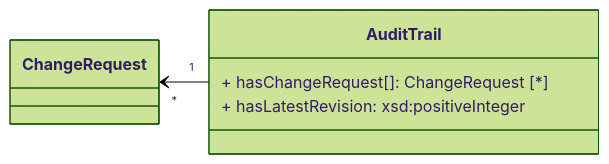
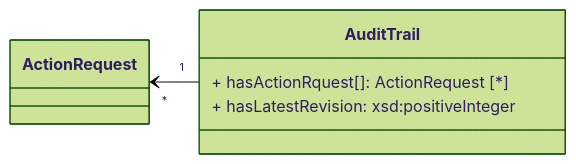
One commit to IATA-Cargo/ONE-Record changed the second of 2 diagrams in Documentation_website/docs/API-Security/logistics-objects.md. Above: the diagram before and after it, drawn with Mermaid (forest theme). The commit also changed other lines of this file and 7 other files, not shown here.

````diff
--- a/Documentation_website/docs/API-Security/logistics-objects.md
+++ b/Documentation_website/docs/API-Security/logistics-objects.md
@@ -770,10 +772,10 @@
 ```mermaid
 classDiagram
     direction RL
 
     class AuditTrail{                
-        + hasChangeRequest[]: ChangeRequest [*]                
+        + hasActionRquest[]: ActionRequest [*]                
         + hasLatestRevision: xsd:positiveInteger       
     }
-    AuditTrail "1" --> "*" ChangeRequest
+    AuditTrail "1" --> "*" ActionRequest
 ```
````
